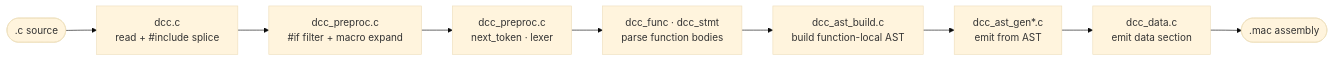
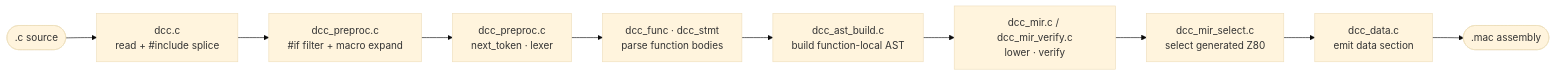
The second of 2 diagrams in src/dcc/README.md (davidly/dcc), drawn with Mermaid (base theme) before and after one commit. The commit also changed other lines of this file and 80 other files, not shown here.

````diff
--- a/src/dcc/README.md
+++ b/src/dcc/README.md
@@ -155,11 +153,12 @@
 ```mermaid
 flowchart LR
     SRC([".c source"]) --> DRV["dcc.c<br/>read + #include splice"]
     DRV --> PPF["dcc_preproc.c<br/>#if filter + macro expand"]
     PPF --> LEX["dcc_preproc.c<br/>next_token · lexer"]
     LEX --> PARSE["dcc_func · dcc_stmt<br/>parse function bodies"]
     PARSE --> AST["dcc_ast_build.c<br/>build function-local AST"]
-    AST --> EMIT["dcc_ast_gen*.c<br/>emit from AST"]
+    AST --> MIR["dcc_mir.c / dcc_mir_verify.c<br/>lower · verify"]
+    MIR --> EMIT["dcc_mir_select.c<br/>select generated Z80"]
     EMIT --> DATA["dcc_data.c<br/>emit data section"]
     DATA --> OUT([".mac assembly"])
 ```
````
